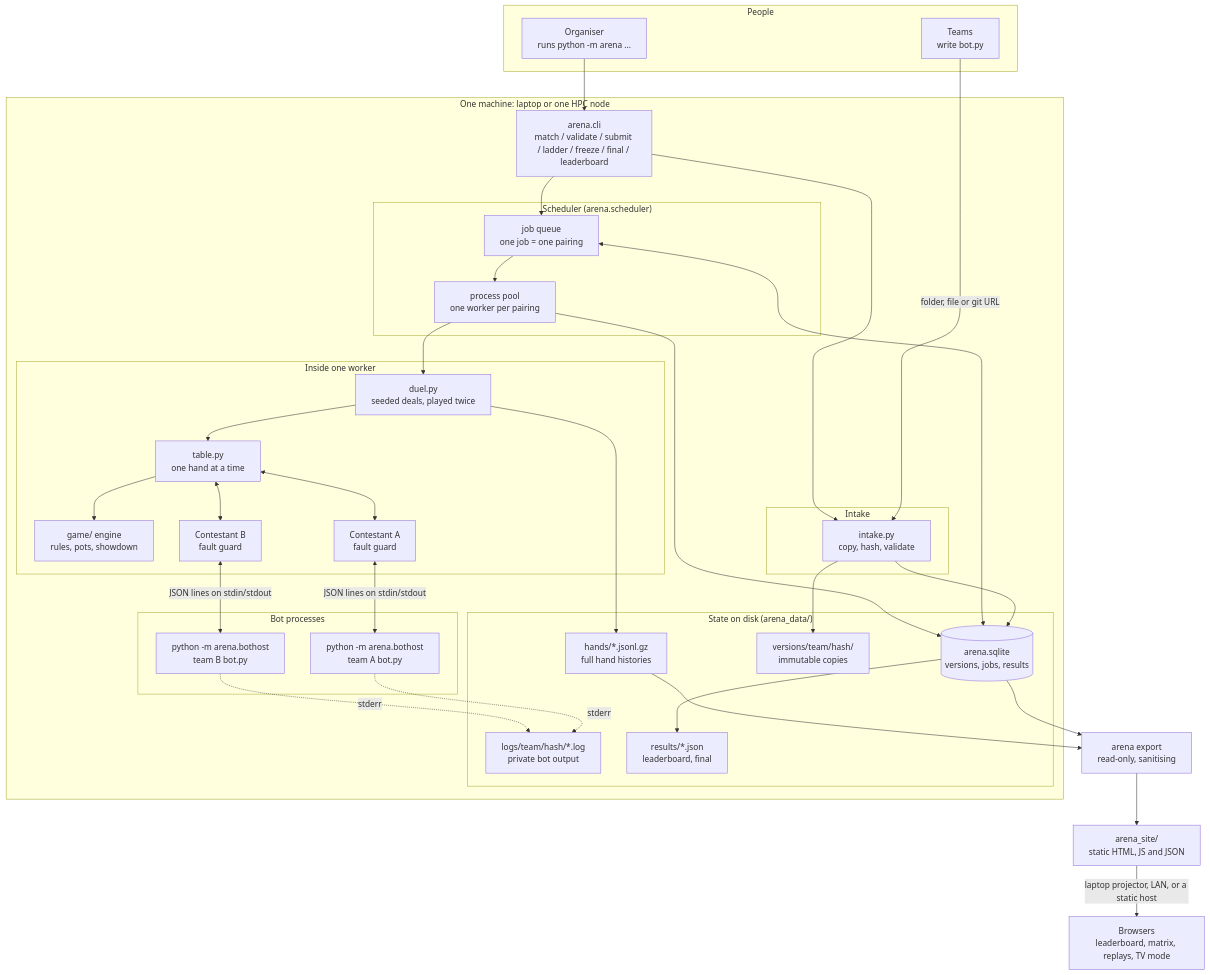
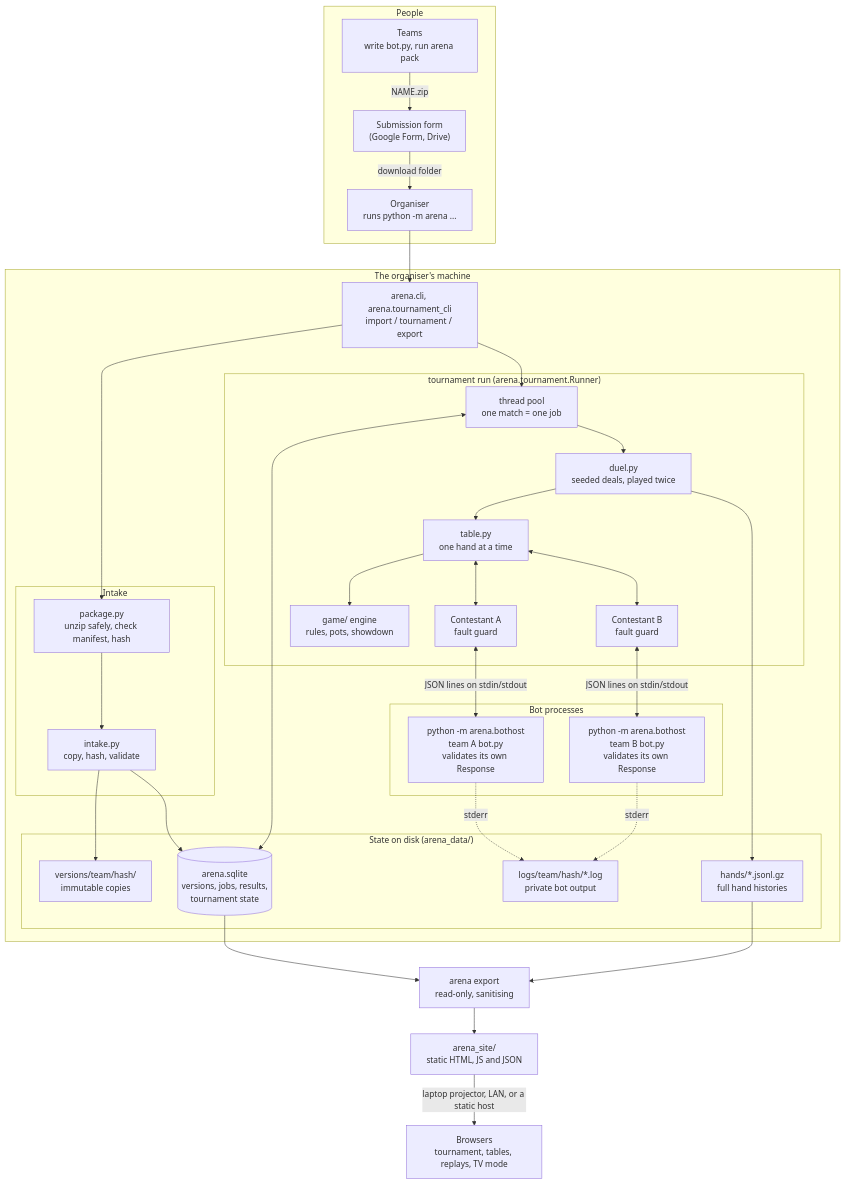
The first of 2 diagrams in ARCHITECTURE.md (Manchester-AI-Society/poker_bot_infrastructure), drawn with Mermaid before and after one commit. The commit also changed other lines of this file and 13 other files, not shown here.

````diff
--- a/ARCHITECTURE.md
+++ b/ARCHITECTURE.md
@@ -24,62 +25,58 @@
 ```mermaid
 flowchart TB
     subgraph People
-        T["Teams<br/>write bot.py"]
+        T["Teams<br/>write bot.py, run arena pack"]
+        F["Submission form<br/>(Google Form, Drive)"]
         O["Organiser<br/>runs python -m arena ..."]
     end
 
-    subgraph Machine["One machine: laptop or one HPC node"]
-        CLI["arena.cli<br/>match / validate / submit / ladder / freeze / final / leaderboard"]
+    subgraph Machine["The organiser's machine"]
+        CLI["arena.cli, arena.tournament_cli<br/>import / tournament / export"]
 
         subgraph Intake["Intake"]
+            PK["package.py<br/>unzip safely, check manifest, hash"]
             IN["intake.py<br/>copy, hash, validate"]
         end
 
         subgraph State["State on disk (arena_data/)"]
-            DB[("arena.sqlite<br/>versions, jobs, results")]
+            DB[("arena.sqlite<br/>versions, jobs, results,<br/>tournament state")]
             VER["versions/team/hash/<br/>immutable copies"]
             HND["hands/*.jsonl.gz<br/>full hand histories"]
             LOG["logs/team/hash/*.log<br/>private bot output"]
-            RES["results/*.json<br/>leaderboard, final"]
         end
 
-        subgraph Sched["Scheduler (arena.scheduler)"]
-            Q["job queue<br/>one job = one pairing"]
-            POOL["process pool<br/>one worker per pairing"]
-        end
-
-        subgraph Pairing["Inside one worker"]
+        subgraph Run["tournament run (arena.tournament.Runner)"]
+            POOL["thread pool<br/>one match = one job"]
             DUEL["duel.py<br/>seeded deals, played twice"]
             TAB["table.py<br/>one hand at a time"]
             ENG["game/ engine<br/>rules, pots, showdown"]
             C1["Contestant A<br/>fault guard"]
             C2["Contestant B<br/>fault guard"]
         end
 
         subgraph Procs["Bot processes"]
-            P1["python -m arena.bothost<br/>team A bot.py"]
-            P2["python -m arena.bothost<br/>team B bot.py"]
+            P1["python -m arena.bothost<br/>team A bot.py<br/>validates its own Response"]
+            P2["python -m arena.bothost<br/>team B bot.py<br/>validates its own Response"]
         end
     end
 
-    T -->|folder, file or git URL| IN
+    T -->|NAME.zip| F
+    F -->|download folder| O
     O --> CLI
-    CLI --> IN --> VER
+    CLI --> PK --> IN --> VER
     IN --> DB
-    CLI --> Q
-    Q <--> DB
-    Q --> POOL --> DUEL --> TAB --> ENG
+    CLI --> POOL
+    POOL <--> DB
+    POOL --> DUEL --> TAB --> ENG
     TAB <--> C1 <-->|JSON lines on stdin/stdout| P1
     TAB <--> C2 <-->|JSON lines on stdin/stdout| P2
     DUEL --> HND
     P1 -.stderr.-> LOG
     P2 -.stderr.-> LOG
-    POOL --> DB
-    DB --> RES
 
     EXP["arena export<br/>read-only, sanitising"]
     DB --> EXP
     HND --> EXP
     EXP --> SITE["arena_site/<br/>static HTML, JS and JSON"]
-    SITE -->|laptop projector, LAN, or a static host| BR["Browsers<br/>leaderboard, matrix, replays, TV mode"]
+    SITE -->|laptop projector, LAN, or a static host| BR["Browsers<br/>tournament, tables, replays, TV mode"]
 ```
````
